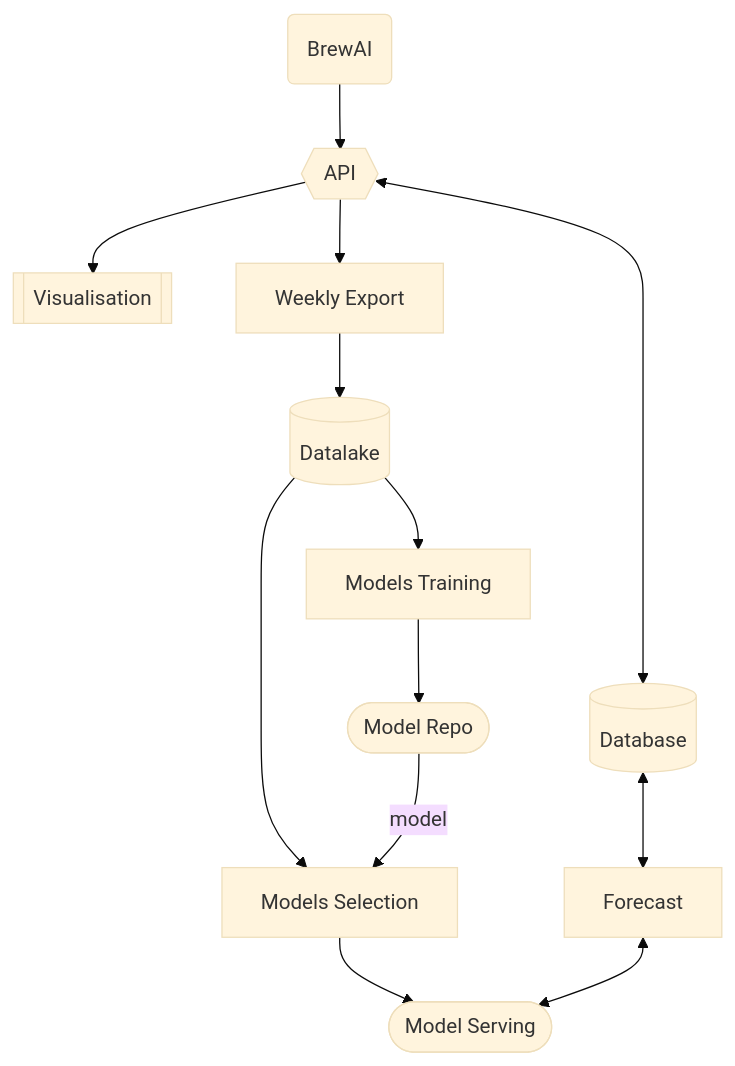
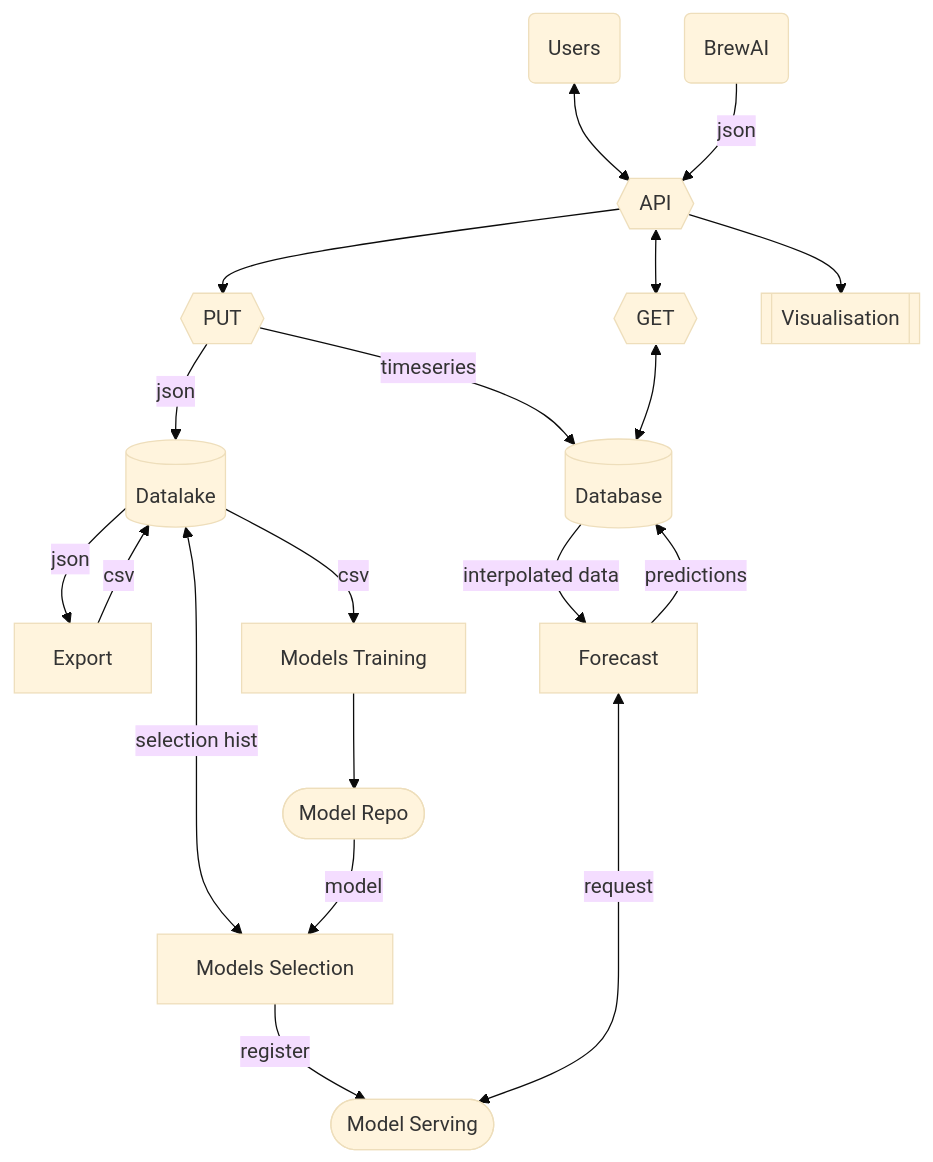
Before and after one commit to MrEthic/FAIC-Forecasting-Indoor: the first of 7 diagrams in README.md, drawn with Mermaid (base theme). The commit also changed other lines of this file and 7 other files, not shown here.

````diff
--- a/README.md
+++ b/README.md
@@ -52,22 +60,32 @@
 ```mermaid
     flowchart TD
+        user(Users)
         bw(BrewAI)
         api{{API}}
+        put{{PUT}}
+        get{{GET}}
         db[(Database)]
         s3[(Datalake)]
         viz[[Visualisation]]
         serving([Model Serving])
         repo([Model Repo])
-        wexport[Weekly Export]
+        dexport[Export]
         train[Models Training]
         select[Models Selection]
         pred[Forecast]
 
-        bw-->api
-        api<-->db
+        user<-->api
+        bw-- json -->api
+        api-->put
+        api<-->get
+        put-- timeseries -->db
+        get<-->db
+        put-- json -->s3
+        s3-- json -->dexport-- csv -->s3
         api-->viz
-        api-->wexport-->s3-->train-->repo
-        s3-->select
-        repo--model-->select-->serving
-        db<-->pred<-->serving
+        s3-- csv -->train-->repo
+        s3<-- selection hist -->select
+        repo--model-->select-- register -->serving
+        db-- interpolated data -->pred-- predictions -->db
+        pred<-- request -->serving
 ```
````
